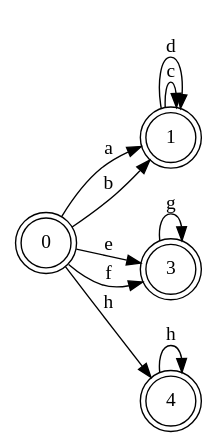
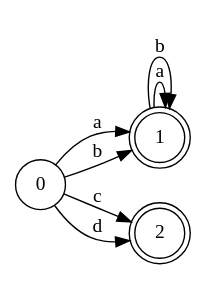
One commit to gusta257/compis2 changed the diagram in fsmasd.gv. Above: the diagram before and after it, drawn with Graphviz. The commit also changed 5 other files, not shown here.

```diff
--- a/fsmasd.gv
+++ b/fsmasd.gv
@@ -1,29 +1,19 @@
 digraph finite_state_machine {
 	rankdir=LR size="8,5"
 	node [shape=doublecircle]
-	0
-	node [shape=doublecircle]
 	1
 	node [shape=doublecircle]
-	3
-	node [shape=doublecircle]
-	4
+	2
 	node [shape=circle]
 	0 -> 1 [label=a]
 	node [shape=circle]
 	0 -> 1 [label=b]
 	node [shape=circle]
-	0 -> 3 [label=e]
+	0 -> 2 [label=c]
 	node [shape=circle]
-	0 -> 3 [label=f]
+	0 -> 2 [label=d]
 	node [shape=circle]
-	0 -> 4 [label=h]
+	1 -> 1 [label=a]
 	node [shape=circle]
-	1 -> 1 [label=c]
-	node [shape=circle]
-	1 -> 1 [label=d]
-	node [shape=circle]
-	3 -> 3 [label=g]
-	node [shape=circle]
-	4 -> 4 [label=h]
+	1 -> 1 [label=b]
 }
```
